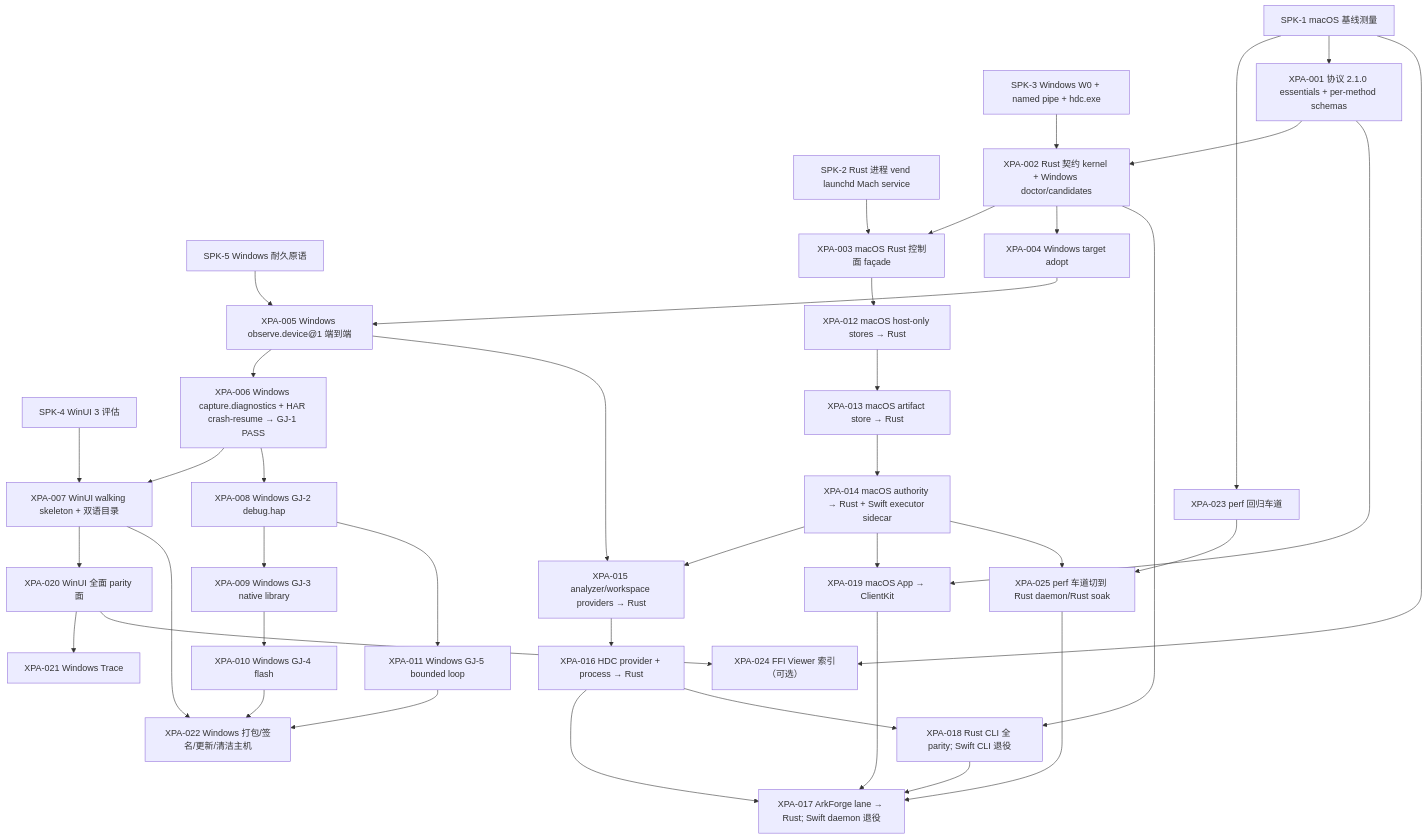
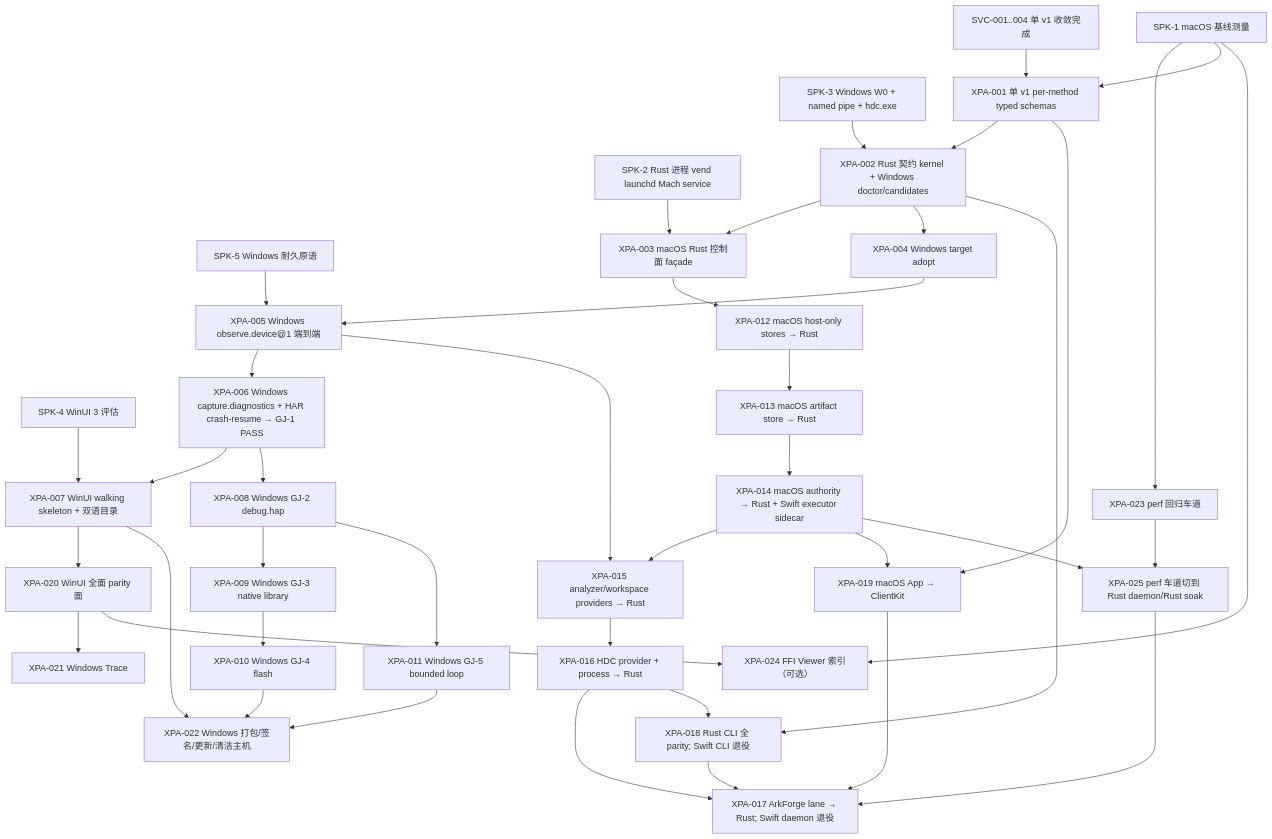
One commit to ArkDeck/ArkDeck changed the sixth of 6 diagrams in docs/design/cross-platform/rust-core-cross-platform-architecture.md. Above: the diagram before and after it, drawn with Mermaid. The commit also changed other lines of this file and 11 other files, not shown here.

````diff
--- a/docs/design/cross-platform/rust-core-cross-platform-architecture.md
+++ b/docs/design/cross-platform/rust-core-cross-platform-architecture.md
@@ -673,65 +676,67 @@
 ```mermaid
 flowchart TD
   SPK1[SPK-1 macOS 基线测量]
   SPK2[SPK-2 Rust 进程 vend launchd Mach service]
   SPK3[SPK-3 Windows W0 + named pipe + hdc.exe]
   SPK4[SPK-4 WinUI 3 评估]
   SPK5[SPK-5 Windows 耐久原语]
-  X001[XPA-001 协议 2.1.0 essentials + per-method schemas]
+  SVC[SVC-001..004 单 v1 收敛完成]
+  X001[XPA-001 单 v1 per-method typed schemas]
+  SVC --> X001
   X002[XPA-002 Rust 契约 kernel + Windows doctor/candidates]
   X003[XPA-003 macOS Rust 控制面 façade]
   X004[XPA-004 Windows target adopt]
   X005[XPA-005 Windows observe.device@1 端到端]
   X006[XPA-006 Windows capture.diagnostics + HAR crash-resume → GJ-1 PASS]
   X007[XPA-007 WinUI walking skeleton + 双语目录]
   X008[XPA-008 Windows GJ-2 debug.hap]
   X009[XPA-009 Windows GJ-3 native library]
   X010[XPA-010 Windows GJ-4 flash]
   X011[XPA-011 Windows GJ-5 bounded loop]
   X012[XPA-012 macOS host-only stores → Rust]
   X013[XPA-013 macOS artifact store → Rust]
   X014[XPA-014 macOS authority → Rust + Swift executor sidecar]
   X015[XPA-015 analyzer/workspace providers → Rust]
   X016[XPA-016 HDC provider + process → Rust]
   X017[XPA-017 ArkForge lane → Rust; Swift daemon 退役]
   X018[XPA-018 Rust CLI 全 parity; Swift CLI 退役]
   X019[XPA-019 macOS App → ClientKit]
   X020[XPA-020 WinUI 全面 parity 面]
   X021[XPA-021 Windows Trace]
   X022[XPA-022 Windows 打包/签名/更新/清洁主机]
   X023[XPA-023 perf 回归车道]
   X024[XPA-024 FFI Viewer 索引（可选）]
   X025[XPA-025 perf 车道切到 Rust daemon/Rust soak]
   SPK1 --> X023
   SPK1 --> X001
   X001 --> X002
   SPK3 --> X002
   SPK5 --> X005
   X002 --> X003
   SPK2 --> X003
   X002 --> X004 --> X005 --> X006
   SPK4 --> X007
   X006 --> X007
   X006 --> X008 --> X009 --> X010
   X008 --> X011
   X003 --> X012 --> X013 --> X014
   X014 --> X015 --> X016
   X016 --> X017
   X018 --> X017
   X019 --> X017
   X005 --> X015
   X002 --> X018
   X016 --> X018
   X001 --> X019
   X014 --> X019
   X007 --> X020
   X020 --> X021
   X007 --> X022
   X010 --> X022
   X011 --> X022
   SPK1 --> X024
   X020 --> X024
   X014 --> X025
   X023 --> X025
   X025 --> X017
 ```
````
